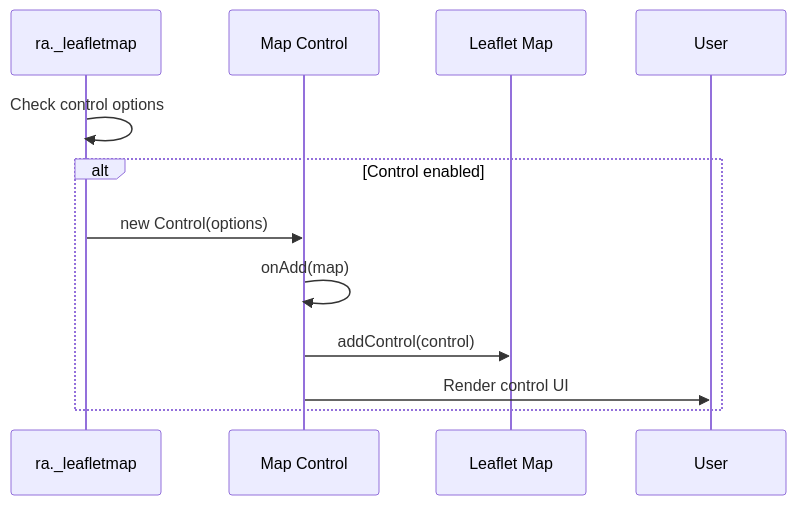
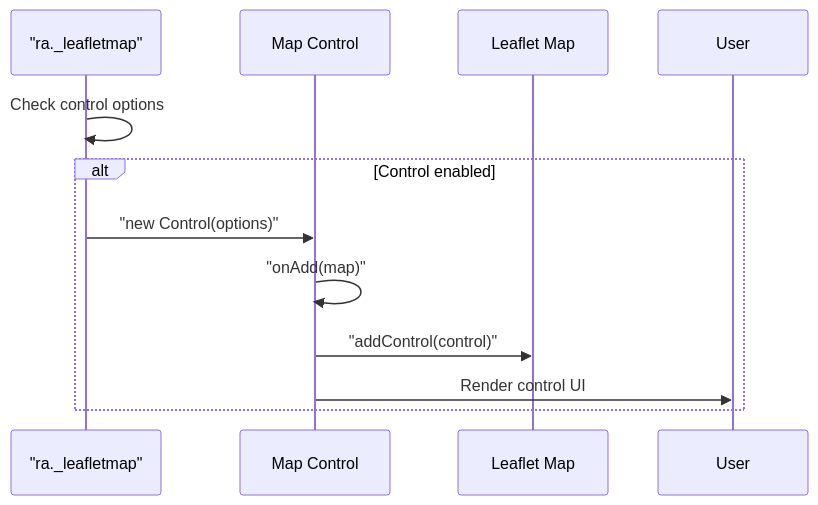
One commit to pauljrhodes/ramblers-library changed the third of 5 diagrams in media/leaflet/HLD.md. Above: the diagram before and after it, drawn with Mermaid. The commit also changed other lines of this file and 33 other files, not shown here.

Commit message:
Normalize Mermaid diagrams for GitHub rendering

````diff
--- a/media/leaflet/HLD.md
+++ b/media/leaflet/HLD.md
@@ -303,14 +303,14 @@
 ```mermaid
 sequenceDiagram
-    participant InternalMap as ra._leafletmap
+    participant InternalMap as "ra._leafletmap"
     participant Control as Map Control
     participant Map as Leaflet Map
 
     InternalMap->>InternalMap: Check control options
     alt Control enabled
-        InternalMap->>Control: new Control(options)
-        Control->>Control: onAdd(map)
-        Control->>Map: addControl(control)
+        InternalMap->>Control: "new Control(options)"
+        Control->>Control: "onAdd(map)"
+        Control->>Map: "addControl(control)"
         Control->>User: Render control UI
     end
 ```
````
